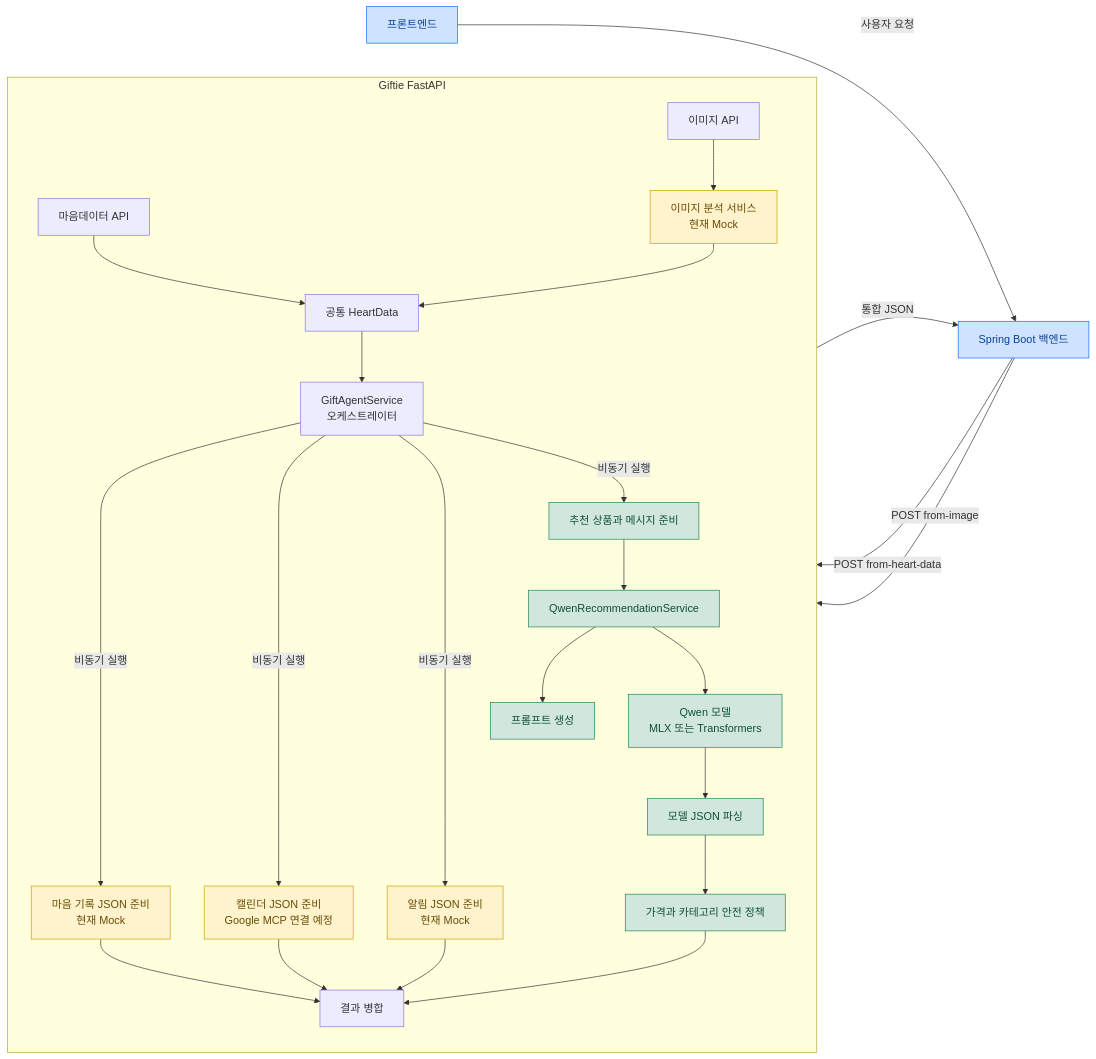
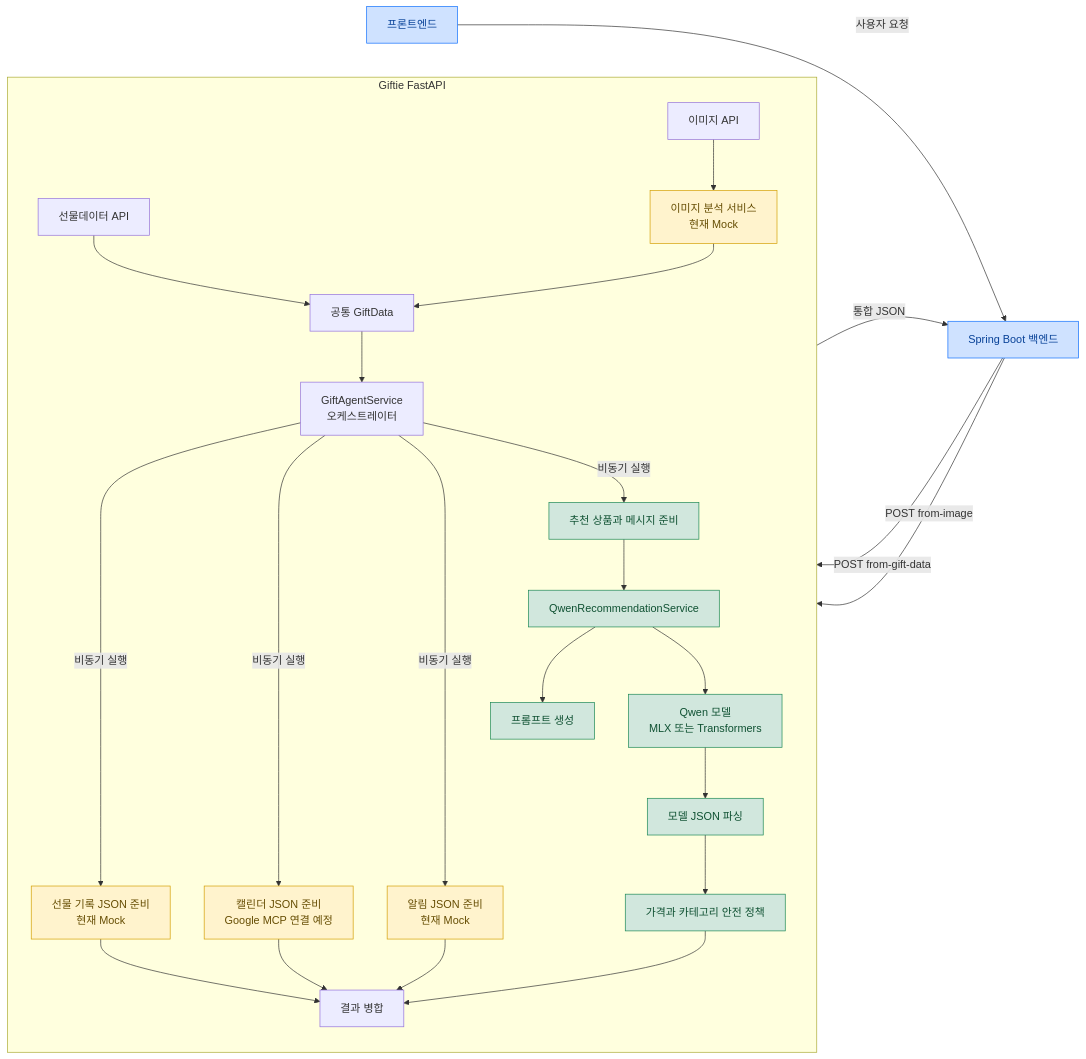
The diagram in README.md (KTB-AI-Hackerton-19/AI-Service), drawn with Mermaid before and after one commit. The commit also changed other lines of this file and 13 other files, not shown here.

First line of the commit message:
heart->gift

````diff
--- a/README.md
+++ b/README.md
@@ -25,43 +25,43 @@
 ```mermaid
 flowchart LR
     Client[프론트엔드] -->|사용자 요청| Backend[Spring Boot 백엔드]
 
-    Backend -->|POST from-heart-data| HeartAPI[마음데이터 API]
+    Backend -->|POST from-gift-data| GiftAPI[선물데이터 API]
     Backend -->|POST from-image| ImageAPI[이미지 API]
 
     subgraph Giftie[Giftie FastAPI]
         direction TB
 
-        HeartAPI --> CommonData[공통 HeartData]
+        GiftAPI --> CommonData[공통 GiftData]
         ImageAPI --> ImageAnalyzer[이미지 분석 서비스<br/>현재 Mock]
         ImageAnalyzer --> CommonData
 
         CommonData --> Orchestrator[GiftAgentService<br/>오케스트레이터]
 
-        Orchestrator -->|비동기 실행| HeartTask[마음 기록 JSON 준비<br/>현재 Mock]
+        Orchestrator -->|비동기 실행| GiftTask[선물 기록 JSON 준비<br/>현재 Mock]
         Orchestrator -->|비동기 실행| CalendarTask[캘린더 JSON 준비<br/>Google MCP 연결 예정]
         Orchestrator -->|비동기 실행| NotificationTask[알림 JSON 준비<br/>현재 Mock]
         Orchestrator -->|비동기 실행| RecommendationTask[추천 상품과 메시지 준비]
 
         RecommendationTask --> QwenService[QwenRecommendationService]
         QwenService --> Prompt[프롬프트 생성]
         QwenService --> Model[Qwen 모델<br/>MLX 또는 Transformers]
         Model --> Parser[모델 JSON 파싱]
         Parser --> Policy[가격과 카테고리 안전 정책]
 
-        HeartTask --> Merger[결과 병합]
+        GiftTask --> Merger[결과 병합]
         CalendarTask --> Merger
         NotificationTask --> Merger
         Policy --> Merger
     end
 
     Merger -->|통합 JSON| Backend
 
     classDef mock fill:#fff3cd,stroke:#d39e00,color:#664d03;
     classDef actual fill:#d1e7dd,stroke:#198754,color:#0f5132;
     classDef external fill:#cfe2ff,stroke:#0d6efd,color:#084298;
 
-    class ImageAnalyzer,HeartTask,CalendarTask,NotificationTask mock;
+    class ImageAnalyzer,GiftTask,CalendarTask,NotificationTask mock;
     class RecommendationTask,QwenService,Prompt,Model,Parser,Policy actual;
     class Client,Backend external;
 ```
````
